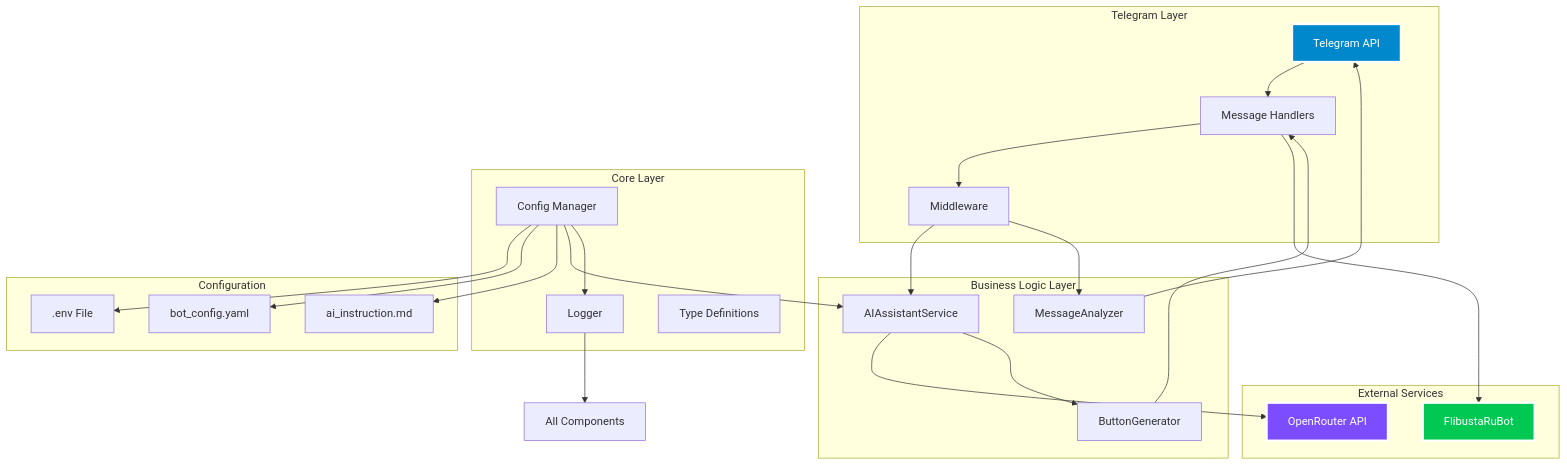
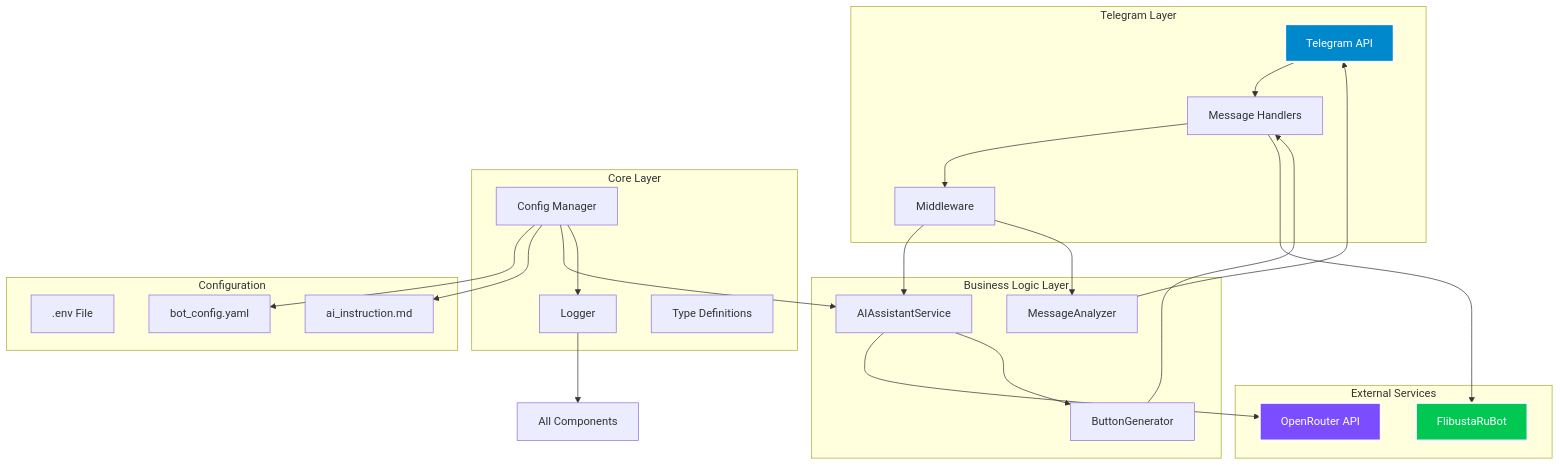
Before and after one commit to holyshithappens/flibusta_ass_bot: the first of 2 diagrams in docs/ARCHITECTURE.md, drawn with Mermaid. The commit also changed other lines of this file and 3 other files, not shown here.

````diff
--- a/docs/ARCHITECTURE.md
+++ b/docs/ARCHITECTURE.md
@@ -33,53 +33,52 @@
 ```mermaid
 graph TB
     subgraph "Telegram Layer"
         TG[Telegram API]
         HM[Message Handlers]
         MW[Middleware]
     end
     
     subgraph "Business Logic Layer"
         AIS[AIAssistantService]
         MA[MessageAnalyzer]
         BG[ButtonGenerator]
     end
     
     subgraph "External Services"
         OR[OpenRouter API]
         FBR[FlibustaRuBot]
     end
     
     subgraph "Core Layer"
         CFG[Config Manager]
         LOG[Logger]
         TYPES[Type Definitions]
     end
     
     subgraph "Configuration"
         ENV[.env File]
         YAML[bot_config.yaml]
         AI_INST[ai_instruction.md]
     end
     
     TG --> HM
     HM --> MW
     MW --> AIS
     MW --> MA
     AIS --> OR
     MA --> TG
     AIS --> BG
     BG --> HM
     HM --> FBR
     
-    CFG --> ENV
     CFG --> YAML
     CFG --> AI_INST
     CFG --> AIS
     CFG --> LOG
     
     LOG --> ALL[All Components]
     
     style TG fill:#0088cc,stroke:#fff,stroke-width:3px,color:#fff
     style OR fill:#7c4dff,stroke:#fff,stroke-width:3px,color:#fff
     style FBR fill:#00c853,stroke:#fff,stroke-width:3px,color:#fff
 ```
````
